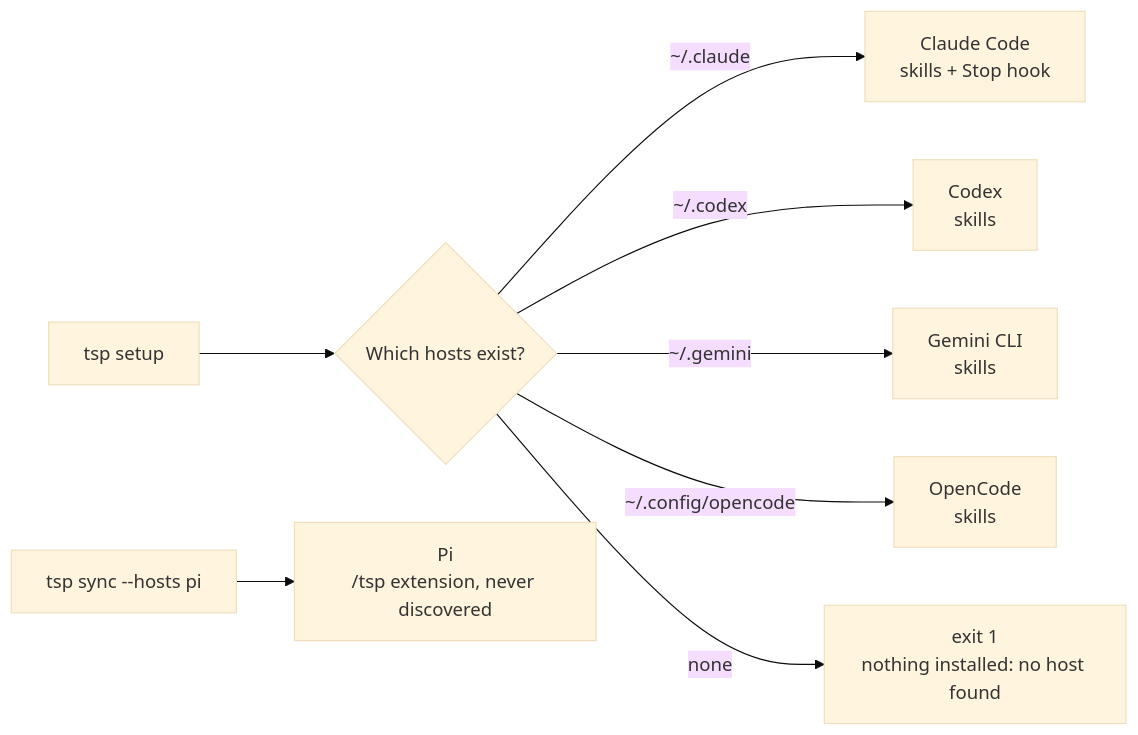
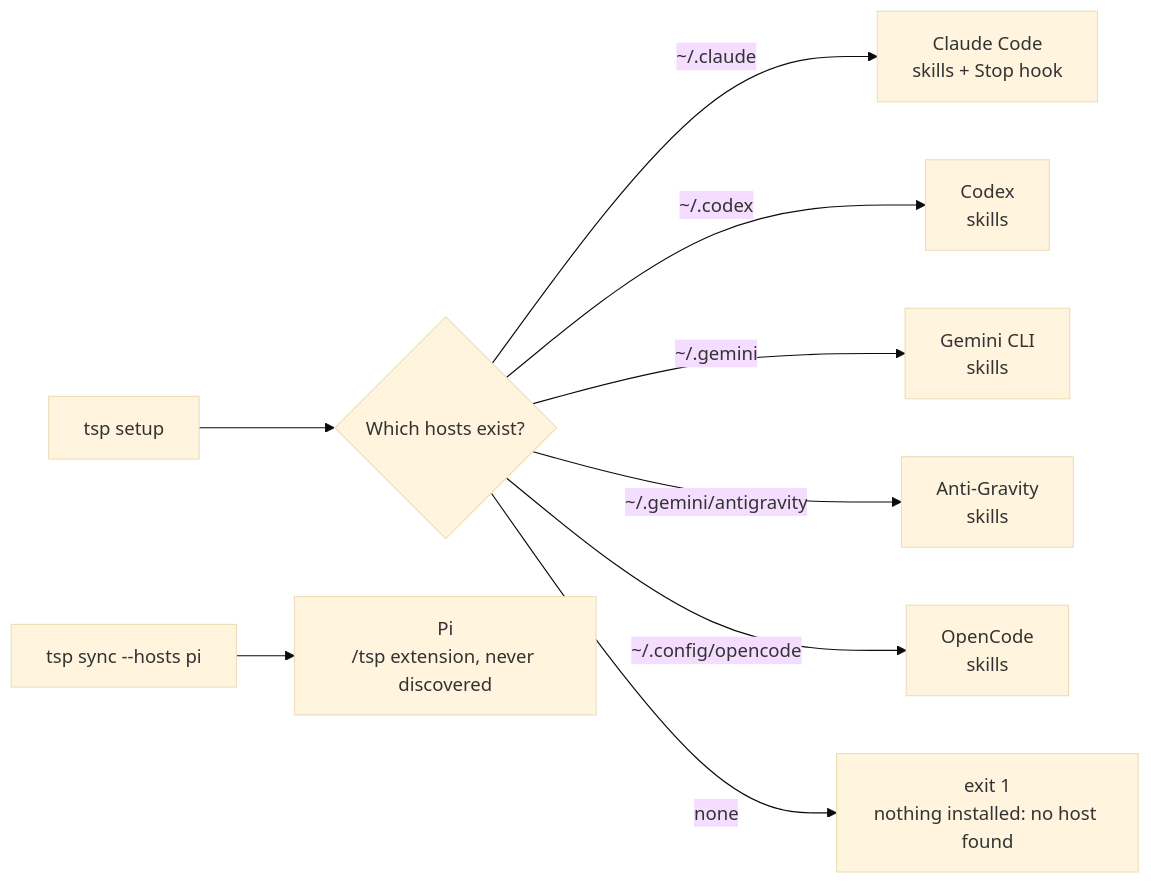
One commit to alesierraalta/tsp changed the fifth of 5 diagrams in README.md. Above: the diagram before and after it, drawn with Mermaid (base theme). The commit also changed other lines of this file and 7 other files, not shown here.

First line of the commit message:
feat(hosts): Anti-Gravity is a host, and doctor names each host's real transport

````diff
--- a/README.md
+++ b/README.md
@@ -290,10 +292,11 @@
 ```mermaid
 flowchart LR
     setup[tsp setup] --> scan{Which hosts exist?}
     scan -- "~/.claude" --> claude["Claude Code<br/>skills + Stop hook"]
     scan -- "~/.codex" --> codex["Codex<br/>skills"]
     scan -- "~/.gemini" --> gemini["Gemini CLI<br/>skills"]
+    scan -- "~/.gemini/antigravity" --> agy["Anti-Gravity<br/>skills"]
     scan -- "~/.config/opencode" --> oc["OpenCode<br/>skills"]
     scan -- none --> stop["exit 1<br/>nothing installed: no host found"]
     pisync["tsp sync --hosts pi"] --> pi["Pi<br/>/tsp extension, never discovered"]
 ```
````
